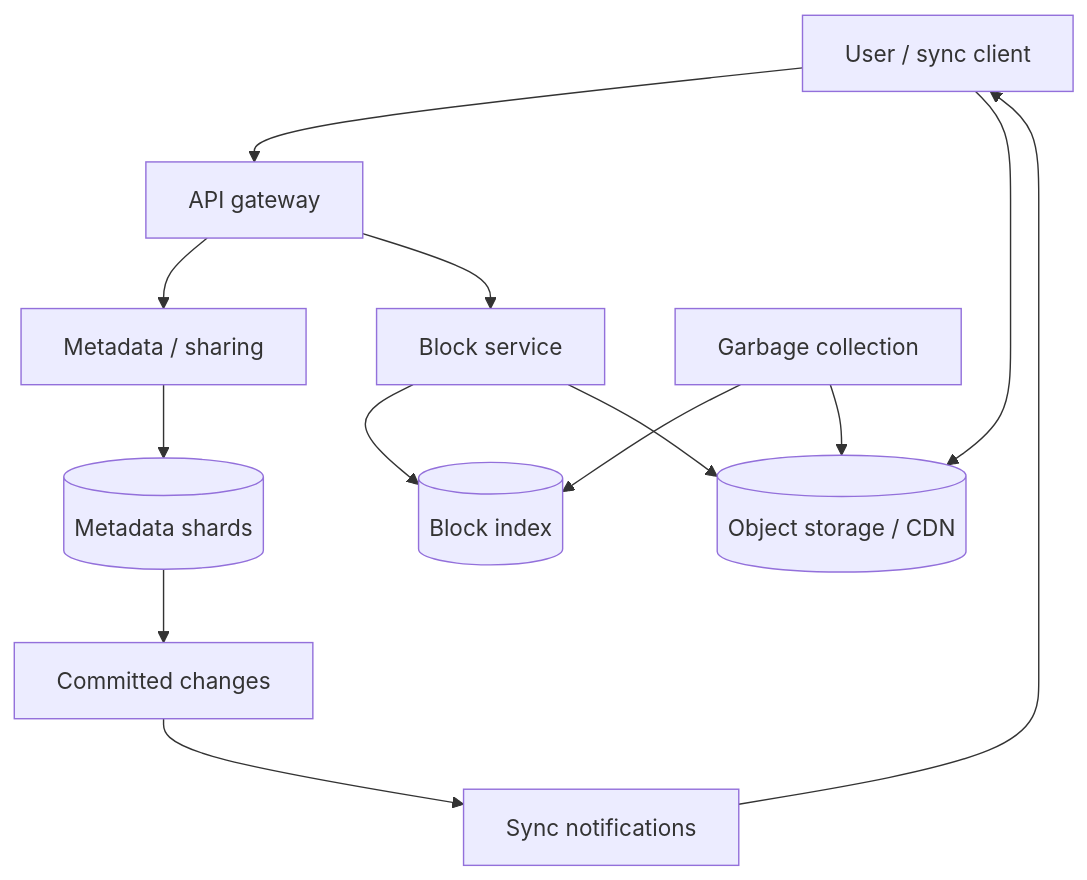
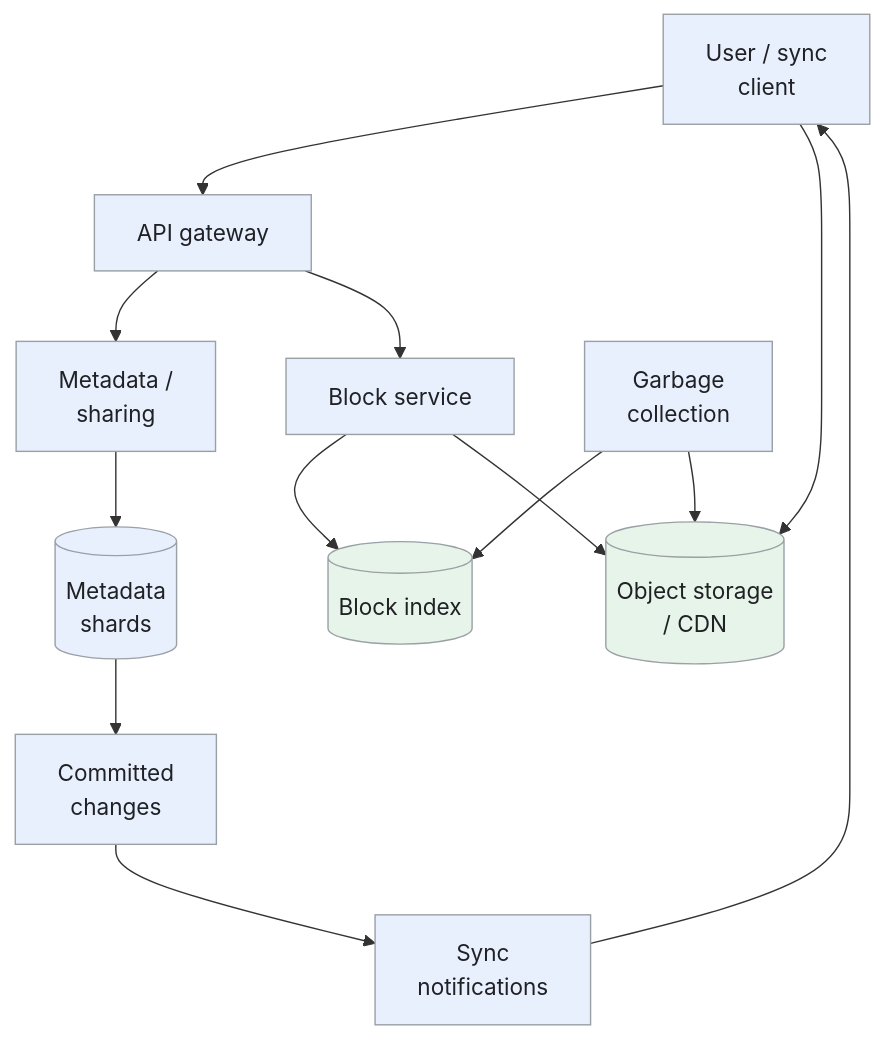
One commit to iliazlobin/iliazlobin.github.io changed the first of 5 diagrams in _designs/system-design-dropbox.md. Above: the diagram before and after it, drawn with Mermaid. The commit also changed other lines of this file and 131 other files, not shown here.

````diff
--- a/_designs/system-design-dropbox.md
+++ b/_designs/system-design-dropbox.md
@@ -140,15 +140,20 @@
 ```mermaid
 flowchart TB
-  U["User / sync client"] --> API["API gateway"]
-  API --> M["Metadata / sharing"]
-  M --> DB[("Metadata shards")]
+  U["User / sync<br>client"] --> API["API gateway"]
+  API --> M["Metadata /<br>sharing"]
+  M --> DB[("Metadata<br>shards")]
   API --> B["Block service"]
   B --> IDX[("Block index")]
-  U --> O[("Object storage / CDN")]
+  U --> O[("Object storage<br>/ CDN")]
   B --> O
-  DB --> E["Committed changes"]
-  E --> N["Sync notifications"]
+  DB --> E["Committed<br>changes"]
+  E --> N["Sync<br>notifications"]
   N --> U
-  G["Garbage collection"] --> IDX
+  G["Garbage<br>collection"] --> IDX
   G --> O
+  classDef request fill:#e8f0fe,stroke:#9aa0a6,color:#202124,stroke-width:1px
+  classDef background fill:#e6f4ea,stroke:#9aa0a6,color:#202124,stroke-width:1px
+  classDef control fill:#fef7e0,stroke:#9aa0a6,color:#202124,stroke-width:1px
+  class U,API,M,DB,B,E,N,G request
+  class IDX,O background
 ```
````
